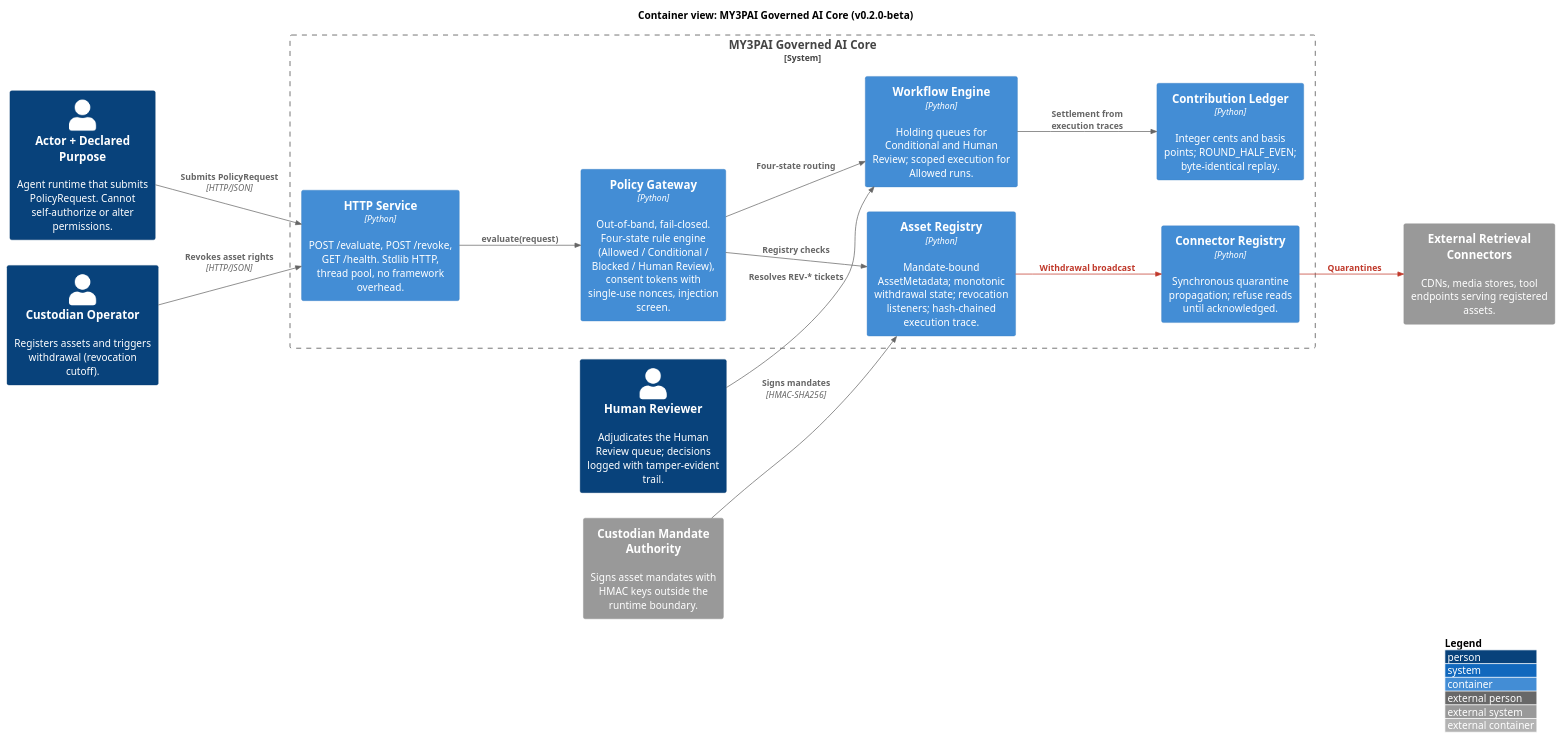
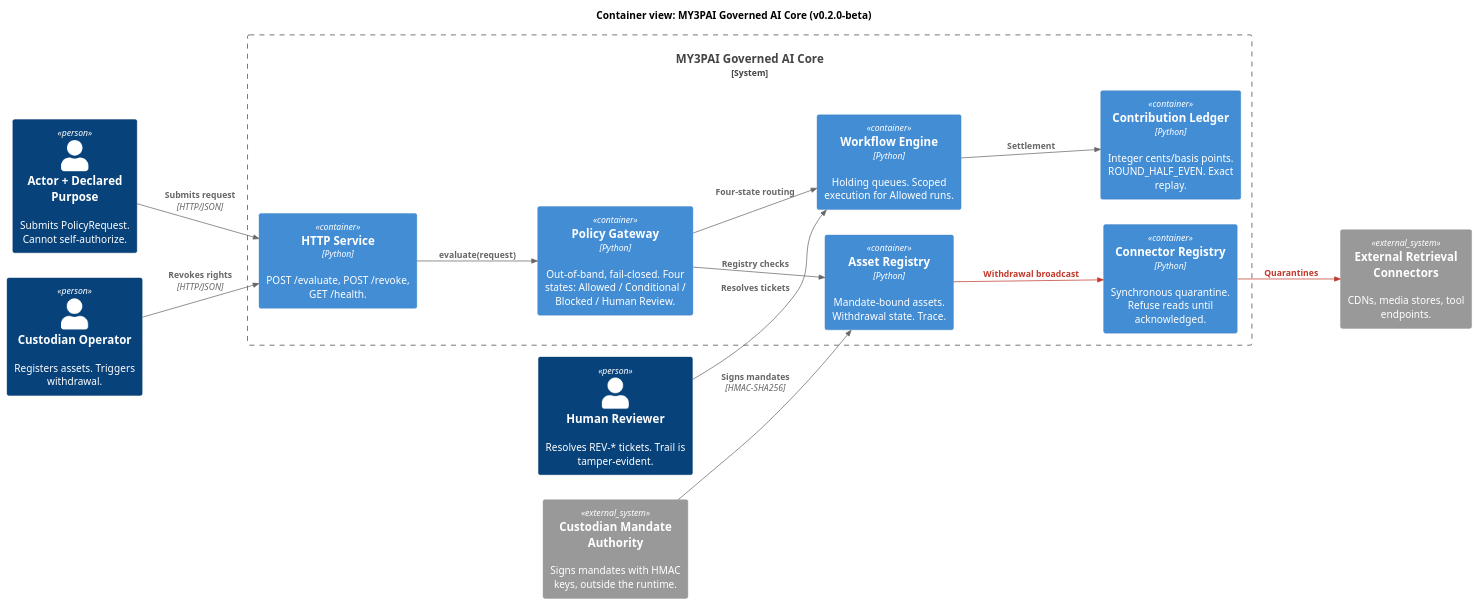
Before and after one commit to kavehs87/MY3PAI-Governed-AI-Core: the diagram in docs/diagrams/architecture-c4.puml, drawn with PlantUML. The commit also changed 1 other file, not shown here.

Commit message:
docs(architecture): tighten c4 container layout with directional relationships

```diff
--- a/docs/diagrams/architecture-c4.puml
+++ b/docs/diagrams/architecture-c4.puml
@@ -1,40 +1,39 @@
 @startuml
 !include https://raw.githubusercontent.com/plantuml-stdlib/C4-PlantUML/master/C4_Container.puml
 
 title Container view: MY3PAI Governed AI Core (v0.2.0-beta)
 
 LAYOUT_LEFT_RIGHT()
-LAYOUT_WITH_LEGEND()
 
 ' Real-time revocation cutoff and connector quarantine are the
 ' differentiating path; accented so reviewers can trace it visually.
 AddRelTag("revocation", $textColor="#C0392B", $lineColor="#C0392B")
 
-Person(agent, "Actor + Declared Purpose", "Agent runtime that submits PolicyRequest. Cannot self-authorize or alter permissions.")
-Person(custodian, "Custodian Operator", "Registers assets and triggers withdrawal (revocation cutoff).")
-Person(reviewer, "Human Reviewer", "Adjudicates the Human Review queue; decisions logged with tamper-evident trail.")
+Person(agent, "Actor + Declared Purpose", "Submits PolicyRequest. Cannot self-authorize.")
+Person(custodian, "Custodian Operator", "Registers assets. Triggers withdrawal.")
+Person(reviewer, "Human Reviewer", "Resolves REV-* tickets. Trail is tamper-evident.")
 
-System_Ext(authority, "Custodian Mandate Authority", "Signs asset mandates with HMAC keys outside the runtime boundary.")
-System_Ext(ext_connectors, "External Retrieval Connectors", "CDNs, media stores, tool endpoints serving registered assets.")
+System_Ext(authority, "Custodian Mandate Authority", "Signs mandates with HMAC keys, outside the runtime.")
+System_Ext(ext_connectors, "External Retrieval Connectors", "CDNs, media stores, tool endpoints.")
 
 System_Boundary(core, "MY3PAI Governed AI Core") {
-    Container(api, "HTTP Service", "Python", "POST /evaluate, POST /revoke, GET /health. Stdlib HTTP, thread pool, no framework overhead.")
-    Container(gateway, "Policy Gateway", "Python", "Out-of-band, fail-closed. Four-state rule engine (Allowed / Conditional / Blocked / Human Review), consent tokens with single-use nonces, injection screen.")
-    Container(records, "Asset Registry", "Python", "Mandate-bound AssetMetadata; monotonic withdrawal state; revocation listeners; hash-chained execution trace.")
-    Container(workflows, "Workflow Engine", "Python", "Holding queues for Conditional and Human Review; scoped execution for Allowed runs.")
-    Container(connectors, "Connector Registry", "Python", "Synchronous quarantine propagation; refuse reads until acknowledged.")
-    Container(ledger, "Contribution Ledger", "Python", "Integer cents and basis points; ROUND_HALF_EVEN; byte-identical replay.")
+    Container(api, "HTTP Service", "Python", "POST /evaluate, POST /revoke, GET /health.")
+    Container(gateway, "Policy Gateway", "Python", "Out-of-band, fail-closed. Four states: Allowed / Conditional / Blocked / Human Review.")
+    Container(records, "Asset Registry", "Python", "Mandate-bound assets. Withdrawal state. Trace.")
+    Container(workflows, "Workflow Engine", "Python", "Holding queues. Scoped execution for Allowed runs.")
+    Container(connectors, "Connector Registry", "Python", "Synchronous quarantine. Refuse reads until acknowledged.")
+    Container(ledger, "Contribution Ledger", "Python", "Integer cents/basis points. ROUND_HALF_EVEN. Exact replay.")
 }
 
-Rel(agent, api, "Submits PolicyRequest", "HTTP/JSON")
-Rel(custodian, api, "Revokes asset rights", "HTTP/JSON")
-Rel(reviewer, workflows, "Resolves REV-* tickets")
-Rel(authority, records, "Signs mandates", "HMAC-SHA256")
+Rel(agent, api, "Submits request", "HTTP/JSON")
+Rel(custodian, api, "Revokes rights", "HTTP/JSON")
+Rel_Down(reviewer, workflows, "Resolves tickets")
+Rel_Down(authority, records, "Signs mandates", "HMAC-SHA256")
 Rel(api, gateway, "evaluate(request)")
-Rel(gateway, records, "Registry checks")
+Rel_Down(gateway, records, "Registry checks")
 Rel(gateway, workflows, "Four-state routing")
-Rel(workflows, ledger, "Settlement from execution traces")
+Rel(workflows, ledger, "Settlement")
 Rel(records, connectors, "Withdrawal broadcast", $tags="revocation")
 Rel(connectors, ext_connectors, "Quarantines", $tags="revocation")
 
 @enduml
```
